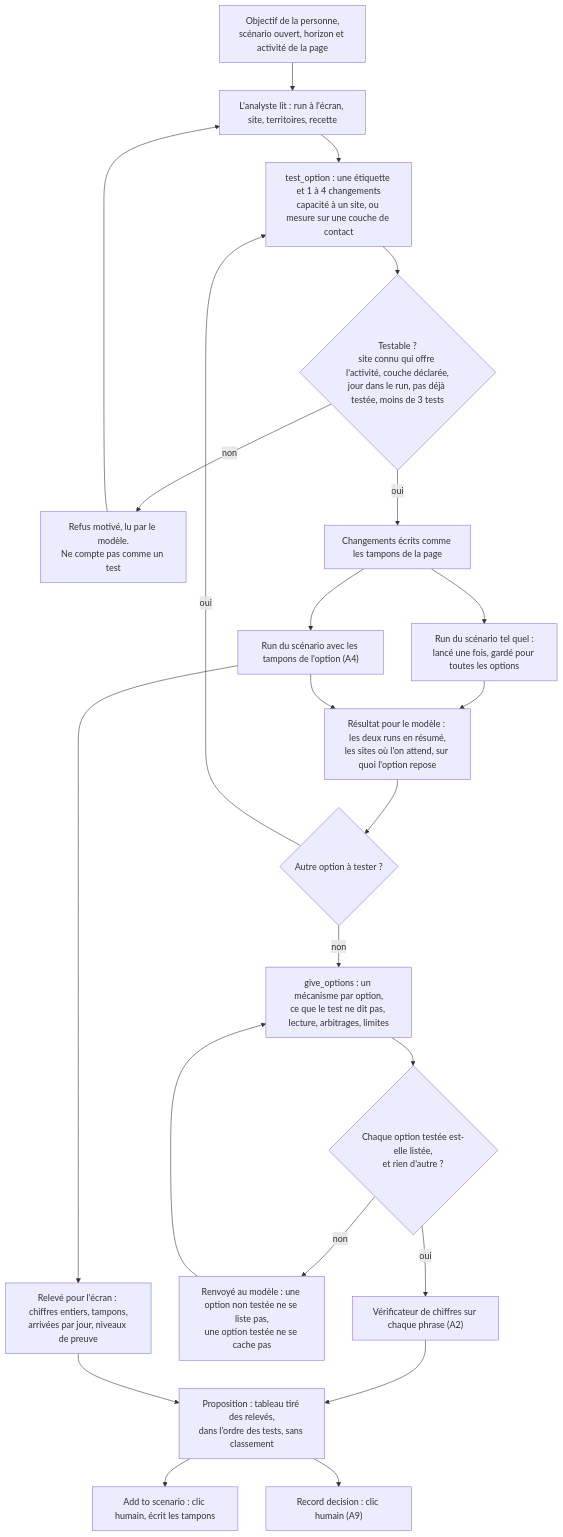
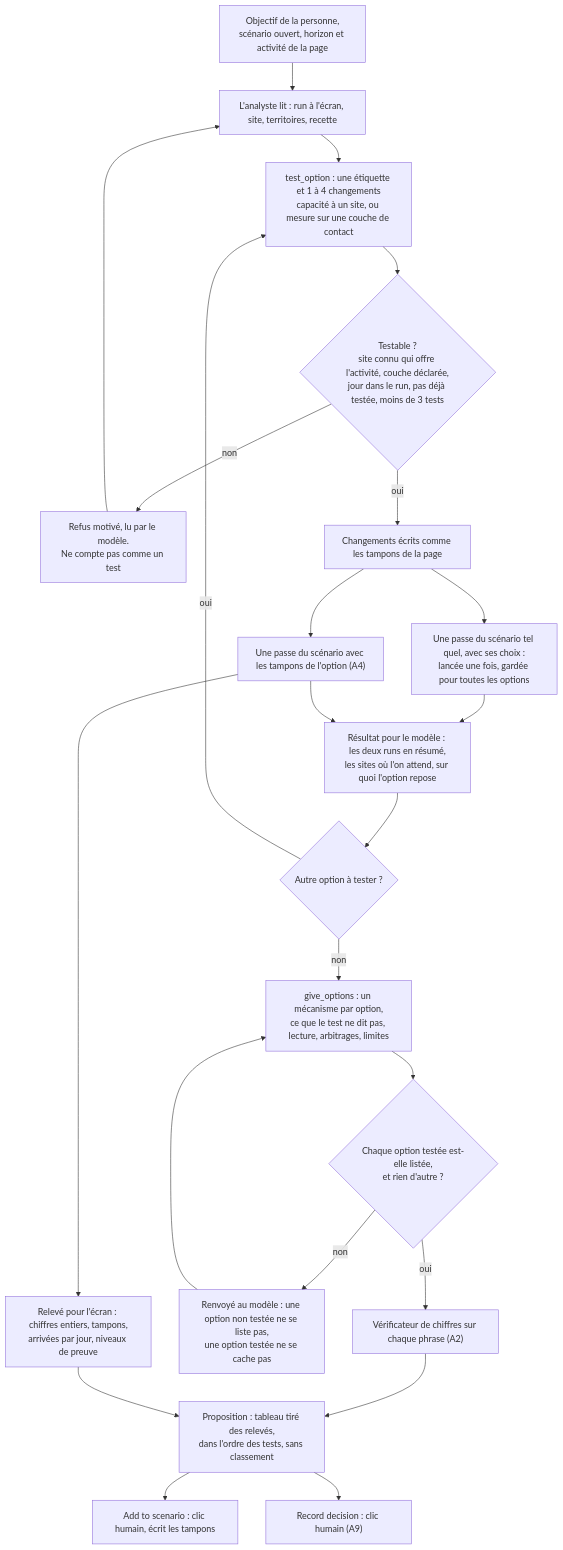
The ninth of 30 diagrams in docs/algorithms.md (V1ktor7/obscyro), drawn with Mermaid before and after one commit. The commit also changed other lines of this file and 8 other files, not shown here.

````diff
--- a/docs/algorithms.md
+++ b/docs/algorithms.md
@@ -295,25 +297,25 @@
 ```mermaid
 flowchart TD
     A["Objectif de la personne,<br/>scénario ouvert, horizon et activité de la page"] --> B["L'analyste lit : run à l'écran, site, territoires, recette"]
     B --> C["test_option : une étiquette et 1 à 4 changements<br/>capacité à un site, ou mesure sur une couche de contact"]
     C --> D{"Testable ?<br/>site connu qui offre l'activité, couche déclarée,<br/>jour dans le run, pas déjà testée, moins de 3 tests"}
     D -->|"non"| E["Refus motivé, lu par le modèle.<br/>Ne compte pas comme un test"]
     E --> B
     D -->|"oui"| F["Changements écrits comme les tampons de la page"]
-    F --> G["Run du scénario tel quel :<br/>lancé une fois, gardé pour toutes les options"]
-    F --> H["Run du scénario avec les tampons de l'option (A4)"]
+    F --> G["Une passe du scénario tel quel, avec ses choix :<br/>lancée une fois, gardée pour toutes les options"]
+    F --> H["Une passe du scénario avec les tampons de l'option (A4)"]
     G --> I["Résultat pour le modèle : les deux runs en résumé,<br/>les sites où l'on attend, sur quoi l'option repose"]
     H --> I
     H --> J["Relevé pour l'écran : chiffres entiers, tampons,<br/>arrivées par jour, niveaux de preuve"]
     I --> K{"Autre option à tester ?"}
     K -->|"oui"| C
     K -->|"non"| L["give_options : un mécanisme par option,<br/>ce que le test ne dit pas, lecture, arbitrages, limites"]
     L --> M{"Chaque option testée est-elle listée,<br/>et rien d'autre ?"}
     M -->|"non"| N["Renvoyé au modèle : une option non testée ne se liste pas,<br/>une option testée ne se cache pas"]
     N --> L
     M -->|"oui"| O["Vérificateur de chiffres sur chaque phrase (A2)"]
     O --> P["Proposition : tableau tiré des relevés,<br/>dans l'ordre des tests, sans classement"]
     J --> P
     P --> Q["Add to scenario : clic humain, écrit les tampons"]
     P --> R["Record decision : clic humain (A9)"]
 ```
````
